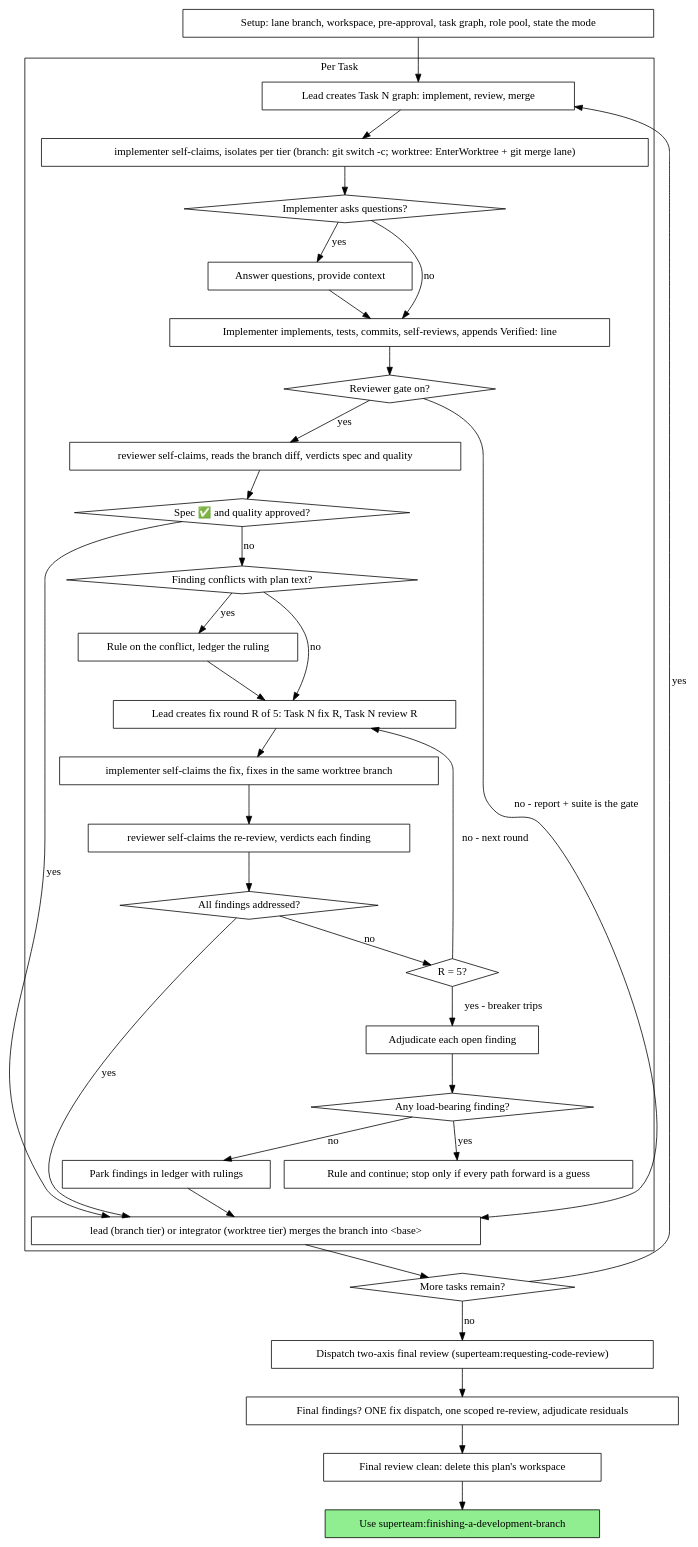
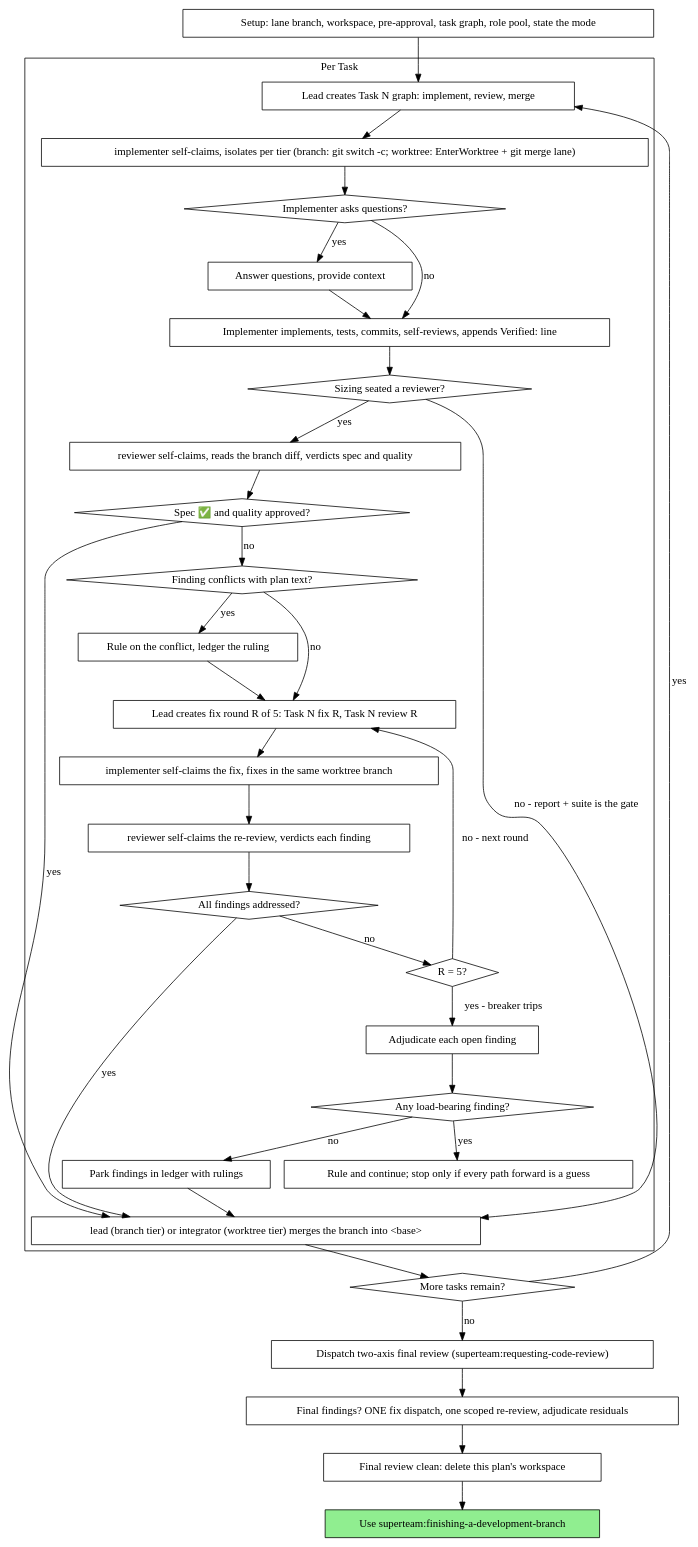
One commit to cameronchittick/superteam changed the second of 2 diagrams in skills/superteam-driven-development/SKILL.md. Above: the diagram before and after it, drawn with Graphviz. The commit also changed other lines of this file and 4 other files, not shown here.

First line of the commit message:
Sizing the work: a per-brief scale replaces the gate categories

````diff
--- a/skills/superteam-driven-development/SKILL.md
+++ b/skills/superteam-driven-development/SKILL.md
@@ -209,69 +209,69 @@
 ```dot
 digraph process {
     rankdir=TB;
 
     subgraph cluster_per_task {
         label="Per Task";
         "Lead creates Task N graph: implement, review, merge" [shape=box];
         "implementer self-claims, isolates per tier (branch: git switch -c; worktree: EnterWorktree + git merge lane)" [shape=box];
         "Implementer asks questions?" [shape=diamond];
         "Answer questions, provide context" [shape=box];
         "Implementer implements, tests, commits, self-reviews, appends Verified: line" [shape=box];
-        "Reviewer gate on?" [shape=diamond];
+        "Sizing seated a reviewer?" [shape=diamond];
         "reviewer self-claims, reads the branch diff, verdicts spec and quality" [shape=box];
         "Spec ✅ and quality approved?" [shape=diamond];
         "Finding conflicts with plan text?" [shape=diamond];
         "Rule on the conflict, ledger the ruling" [shape=box];
         "Lead creates fix round R of 5: Task N fix R, Task N review R" [shape=box];
         "implementer self-claims the fix, fixes in the same worktree branch" [shape=box];
         "reviewer self-claims the re-review, verdicts each finding" [shape=box];
         "All findings addressed?" [shape=diamond];
         "R = 5?" [shape=diamond];
         "Adjudicate each open finding" [shape=box];
         "Any load-bearing finding?" [shape=diamond];
         "Rule and continue; stop only if every path forward is a guess" [shape=box];
         "Park findings in ledger with rulings" [shape=box];
         "lead (branch tier) or integrator (worktree tier) merges the branch into <base>" [shape=box];
     }
 
     "Setup: lane branch, workspace, pre-approval, task graph, role pool, state the mode" [shape=box];
     "More tasks remain?" [shape=diamond];
     "Dispatch two-axis final review (superteam:requesting-code-review)" [shape=box];
     "Final findings? ONE fix dispatch, one scoped re-review, adjudicate residuals" [shape=box];
     "Final review clean: delete this plan's workspace" [shape=box];
     "Use superteam:finishing-a-development-branch" [shape=box style=filled fillcolor=lightgreen];
 
     "Setup: lane branch, workspace, pre-approval, task graph, role pool, state the mode" -> "Lead creates Task N graph: implement, review, merge";
     "Lead creates Task N graph: implement, review, merge" -> "implementer self-claims, isolates per tier (branch: git switch -c; worktree: EnterWorktree + git merge lane)";
     "implementer self-claims, isolates per tier (branch: git switch -c; worktree: EnterWorktree + git merge lane)" -> "Implementer asks questions?";
     "Implementer asks questions?" -> "Answer questions, provide context" [label="yes"];
     "Answer questions, provide context" -> "Implementer implements, tests, commits, self-reviews, appends Verified: line";
     "Implementer asks questions?" -> "Implementer implements, tests, commits, self-reviews, appends Verified: line" [label="no"];
-    "Implementer implements, tests, commits, self-reviews, appends Verified: line" -> "Reviewer gate on?";
-    "Reviewer gate on?" -> "reviewer self-claims, reads the branch diff, verdicts spec and quality" [label="yes"];
-    "Reviewer gate on?" -> "lead (branch tier) or integrator (worktree tier) merges the branch into <base>" [label="no - report + suite is the gate"];
+    "Implementer implements, tests, commits, self-reviews, appends Verified: line" -> "Sizing seated a reviewer?";
+    "Sizing seated a reviewer?" -> "reviewer self-claims, reads the branch diff, verdicts spec and quality" [label="yes"];
+    "Sizing seated a reviewer?" -> "lead (branch tier) or integrator (worktree tier) merges the branch into <base>" [label="no - report + suite is the gate"];
     "reviewer self-claims, reads the branch diff, verdicts spec and quality" -> "Spec ✅ and quality approved?";
     "Spec ✅ and quality approved?" -> "lead (branch tier) or integrator (worktree tier) merges the branch into <base>" [label="yes"];
     "Spec ✅ and quality approved?" -> "Finding conflicts with plan text?" [label="no"];
     "Finding conflicts with plan text?" -> "Rule on the conflict, ledger the ruling" [label="yes"];
     "Rule on the conflict, ledger the ruling" -> "Lead creates fix round R of 5: Task N fix R, Task N review R";
     "Finding conflicts with plan text?" -> "Lead creates fix round R of 5: Task N fix R, Task N review R" [label="no"];
     "Lead creates fix round R of 5: Task N fix R, Task N review R" -> "implementer self-claims the fix, fixes in the same worktree branch";
     "implementer self-claims the fix, fixes in the same worktree branch" -> "reviewer self-claims the re-review, verdicts each finding";
     "reviewer self-claims the re-review, verdicts each finding" -> "All findings addressed?";
     "All findings addressed?" -> "lead (branch tier) or integrator (worktree tier) merges the branch into <base>" [label="yes"];
     "All findings addressed?" -> "R = 5?" [label="no"];
     "R = 5?" -> "Lead creates fix round R of 5: Task N fix R, Task N review R" [label="no - next round"];
     "R = 5?" -> "Adjudicate each open finding" [label="yes - breaker trips"];
     "Adjudicate each open finding" -> "Any load-bearing finding?";
     "Any load-bearing finding?" -> "Rule and continue; stop only if every path forward is a guess" [label="yes"];
     "Any load-bearing finding?" -> "Park findings in ledger with rulings" [label="no"];
     "Park findings in ledger with rulings" -> "lead (branch tier) or integrator (worktree tier) merges the branch into <base>";
     "lead (branch tier) or integrator (worktree tier) merges the branch into <base>" -> "More tasks remain?";
     "More tasks remain?" -> "Lead creates Task N graph: implement, review, merge" [label="yes"];
     "More tasks remain?" -> "Dispatch two-axis final review (superteam:requesting-code-review)" [label="no"];
     "Dispatch two-axis final review (superteam:requesting-code-review)" -> "Final findings? ONE fix dispatch, one scoped re-review, adjudicate residuals";
     "Final findings? ONE fix dispatch, one scoped re-review, adjudicate residuals" -> "Final review clean: delete this plan's workspace";
     "Final review clean: delete this plan's workspace" -> "Use superteam:finishing-a-development-branch";
 }
 ```
````
